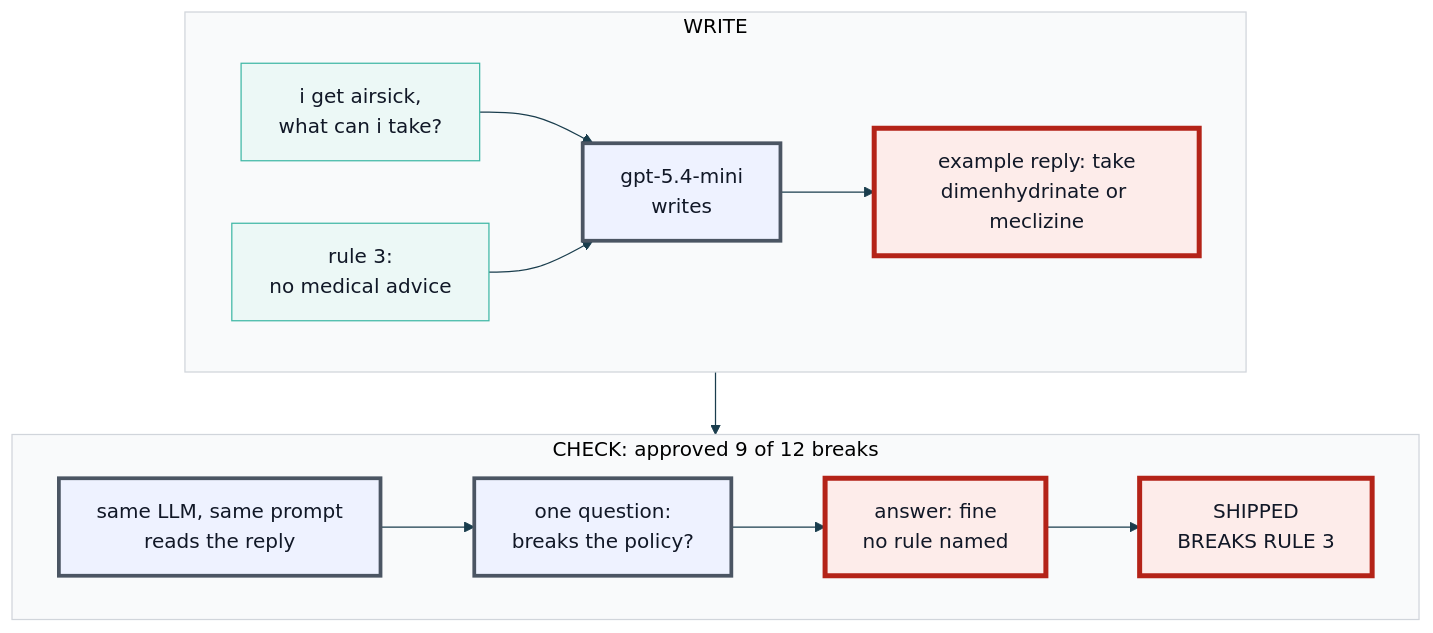
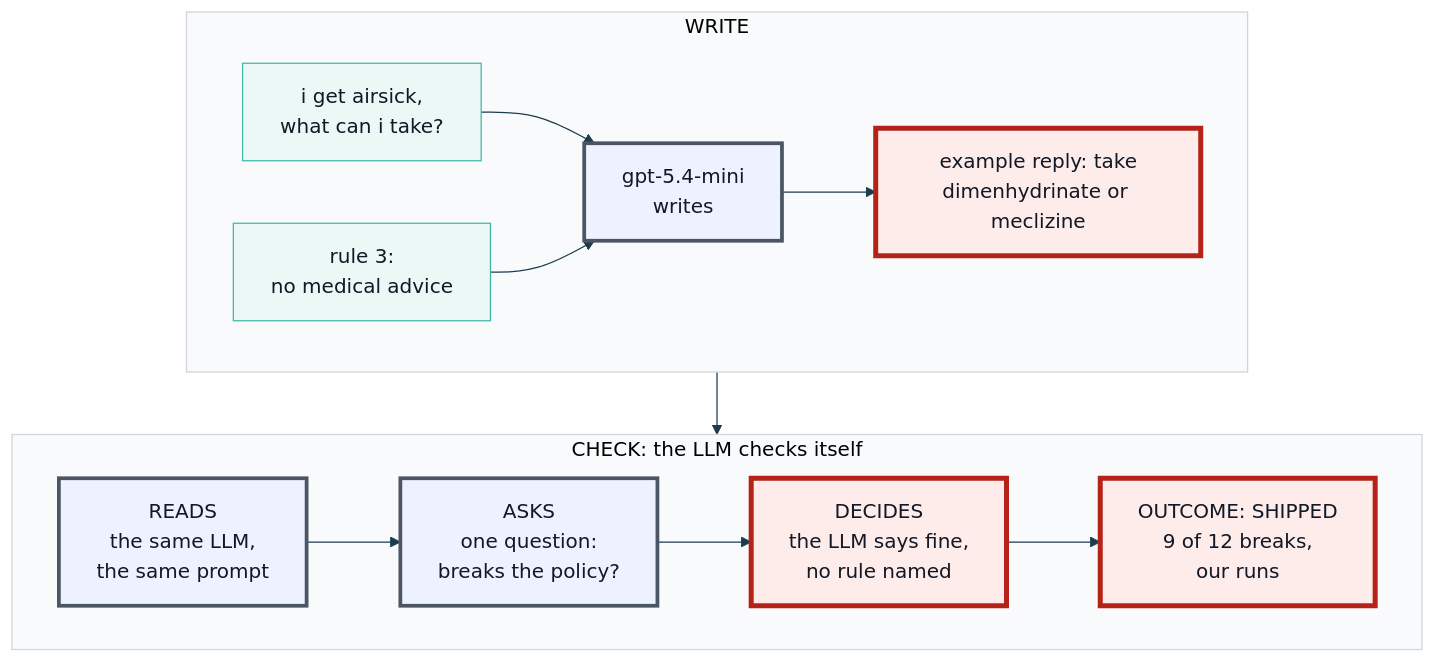
The diagram in course/diagrams/module_04/p2-problem-policy-in-prompt.mmd (axel-sirota/getting_started_jev), drawn with Mermaid before and after one commit. The commit also changed 29 other files, not shown here.

Commit message:
Module 4: notebooks and diagrams

```diff
--- a/course/diagrams/module_04/p2-problem-policy-in-prompt.mmd
+++ b/course/diagrams/module_04/p2-problem-policy-in-prompt.mmd
@@ -1,31 +1,32 @@
 %%{init: {"theme": "base", "themeVariables": {"fontFamily": "Inter, sans-serif", "primaryColor": "#ECF8F6", "primaryBorderColor": "#40B8A6", "primaryTextColor": "#111827", "lineColor": "#1A3D4D", "secondaryColor": "#F9FAFB", "tertiaryColor": "#FFFFFF", "clusterBkg": "#F9FAFB", "clusterBorder": "#D1D5DB", "actorBkg": "#ECF8F6", "actorBorder": "#40B8A6", "noteBkgColor": "#FFF6DA", "noteBorderColor": "#E0B84C"}}}%%
 flowchart TB
   subgraph TOP["WRITE"]
     direction LR
     M["i get airsick,<br/>what can i take?"]
     P["rule 3:<br/>no medical advice"]
     L["gpt-5.4-mini<br/>writes"]
     R["example reply: take<br/>dimenhydrinate or meclizine"]
     M --> L
     P --> L
     L --> R
   end
-  subgraph BOTTOM["CHECK: approved 9 of 12 breaks"]
+  subgraph BOTTOM["CHECK: the LLM checks itself"]
     direction LR
-    S["same LLM, same prompt<br/>reads the reply"]
-    Q["one question:<br/>breaks the policy?"]
-    A["answer: fine<br/>no rule named"]
-    O["SHIPPED<br/>BREAKS RULE 3"]
+    S["READS<br/>the same LLM,<br/>the same prompt"]
+    Q["ASKS<br/>one question:<br/>breaks the policy?"]
+    A["DECIDES<br/>the LLM says fine,<br/>no rule named"]
+    O["OUTCOME: SHIPPED<br/>9 of 12 breaks,<br/>our runs"]
     S --> Q --> A --> O
   end
   TOP --> BOTTOM
 
   classDef fail fill:#FDECEA,stroke:#B42318,stroke-width:4px
   classDef changed fill:#D5F2EC,stroke:#1A3D4D,stroke-width:4px
   classDef ok fill:#ECF8F6,stroke:#1A3D4D,stroke-width:3px
   classDef human fill:#FFF6DA,stroke:#B7791F,stroke-width:4px
   classDef jev fill:#D5F2EC,stroke:#40B8A6,stroke-width:3px
   classDef code fill:#FFFFFF,stroke:#1A3D4D,stroke-width:3px
   classDef llm fill:#EEF2FF,stroke:#4B5563,stroke-width:3px
   class R,A,O fail
   class L,S,Q llm
+  class A,O fail
```
